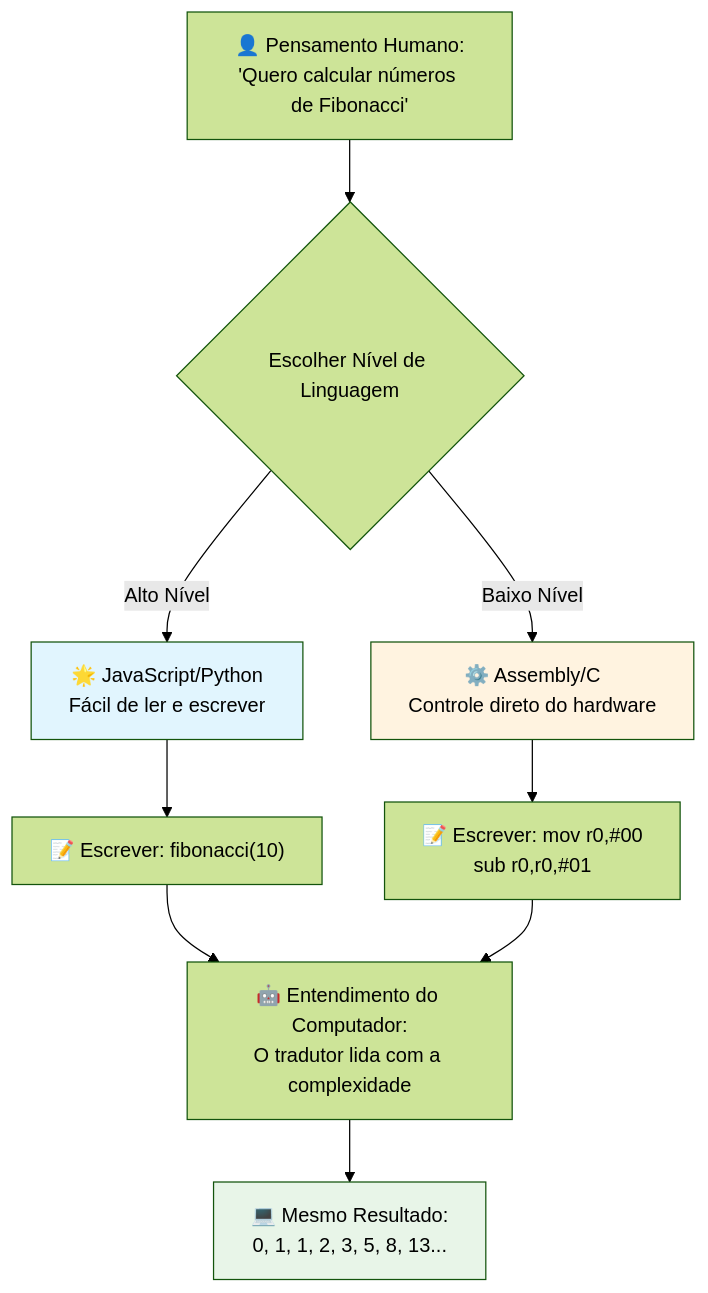
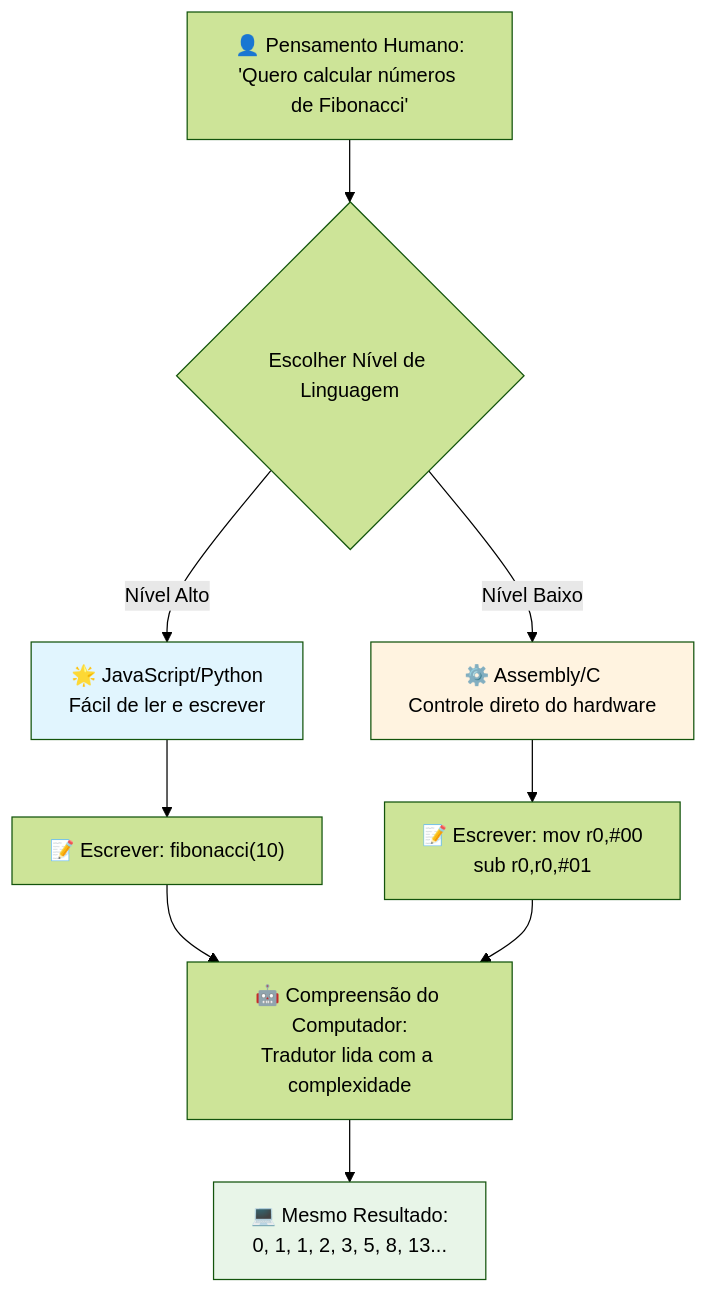
One commit to microsoft/Web-Dev-For-Beginners changed the third of 7 diagrams in translations/pt-BR/1-getting-started-lessons/1-intro-to-programming-languages/README.md. Above: the diagram before and after it, drawn with Mermaid (forest theme). The commit also changed other lines of this file and 8 other files, not shown here.

````diff
--- a/translations/pt-BR/1-getting-started-lessons/1-intro-to-programming-languages/README.md
+++ b/translations/pt-BR/1-getting-started-lessons/1-intro-to-programming-languages/README.md
@@ -148,19 +148,19 @@
 ```mermaid
 flowchart TB
     A["👤 Pensamento Humano:<br/>'Quero calcular números de Fibonacci'"] --> B{Escolher Nível de Linguagem}
     
-    B -->|Alto Nível| C["🌟 JavaScript/Python<br/>Fácil de ler e escrever"]
-    B -->|Baixo Nível| D["⚙️ Assembly/C<br/>Controle direto do hardware"]
+    B -->|Nível Alto| C["🌟 JavaScript/Python<br/>Fácil de ler e escrever"]
+    B -->|Nível Baixo| D["⚙️ Assembly/C<br/>Controle direto do hardware"]
     
     C --> E["📝 Escrever: fibonacci(10)"]
     D --> F["📝 Escrever: mov r0,#00<br/>sub r0,r0,#01"]
     
-    E --> G["🤖 Entendimento do Computador:<br/>O tradutor lida com a complexidade"]
+    E --> G["🤖 Compreensão do Computador:<br/>Tradutor lida com a complexidade"]
     F --> G
     
     G --> H["💻 Mesmo Resultado:<br/>0, 1, 1, 2, 3, 5, 8, 13..."]
     
     style C fill:#e1f5fe
     style D fill:#fff3e0
     style H fill:#e8f5e8
 ```
````
